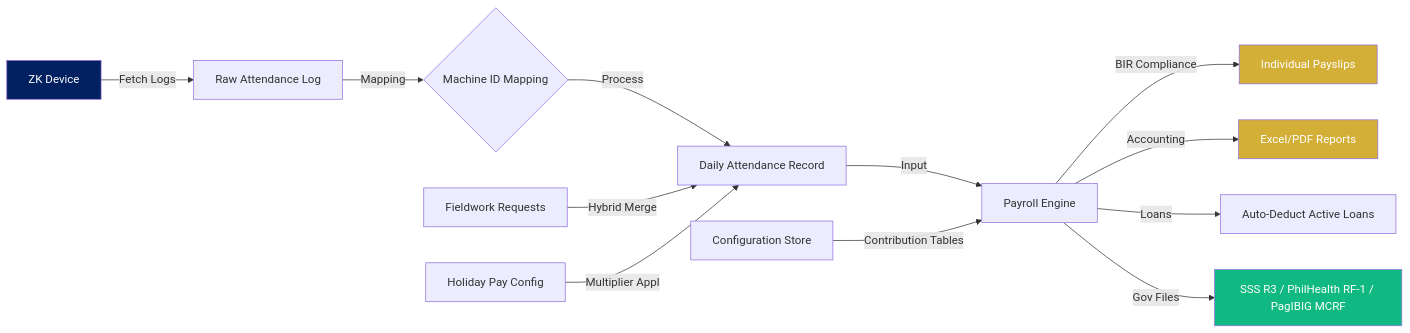
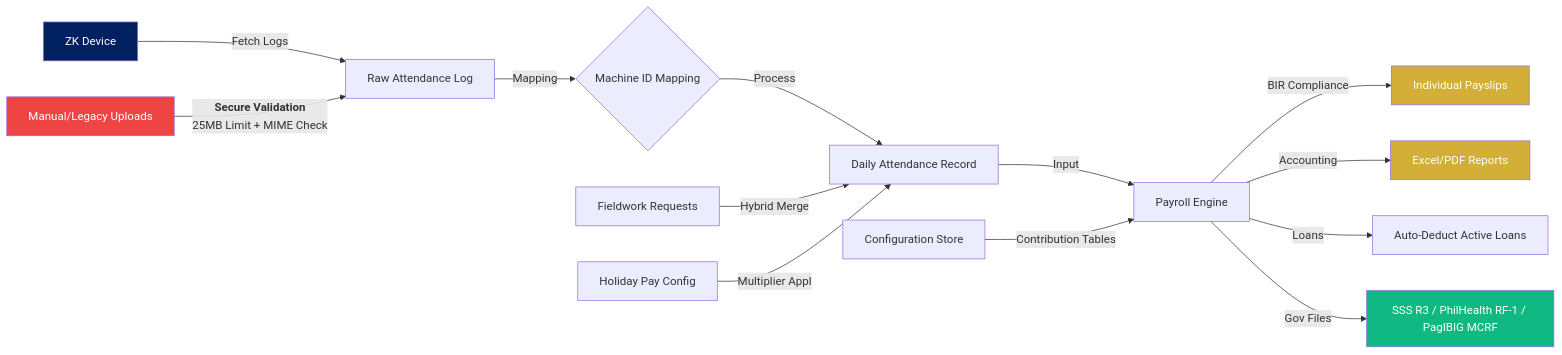
One commit to binssente-crypto/PAYROLL-DOCUMENTATION changed the second of 10 diagrams in README.md. Above: the diagram before and after it, drawn with Mermaid. The commit also changed other lines of this file, not shown here.

First line of the commit message:
Enhance README with external uploads security details

````diff
--- a/README.md
+++ b/README.md
@@ -73,21 +73,25 @@
 ```mermaid
 flowchart LR
     HW[ZK Device] -->|Fetch Logs| LOG[Raw Attendance Log]
     LOG -->|Mapping| MAP{Machine ID Mapping}
     MAP -->|Process| DAY[Daily Attendance Record]
     
     FW[Fieldwork Requests] -->|Hybrid Merge| DAY
     HOL[Holiday Pay Config] -->|Multiplier Appl| DAY
     
     DAY -->|Input| PAY[Payroll Engine]
     PRO[Configuration Store] -->|Contribution Tables| PAY
     PAY -->|BIR Compliance| SLIP[Individual Payslips]
     PAY -->|Accounting| REP[Excel/PDF Reports]
     PAY -->|Loans| LOAN[Auto-Deduct Active Loans]
     PAY -->|Gov Files| REMIT[SSS R3 / PhilHealth RF-1 / PagIBIG MCRF]
 
+    %% External Uploads Security Layer
+    UPL[Manual/Legacy Uploads] -->|<b>Secure Validation</b><br/>25MB Limit + MIME Check| LOG
+
     style HW fill:#002060,color:#fff
     style SLIP fill:#D4AF37,color:#fff
     style REP fill:#D4AF37,color:#fff
     style REMIT fill:#10b981,color:#fff
+    style UPL fill:#ef4444,color:#fff
 ```
````
